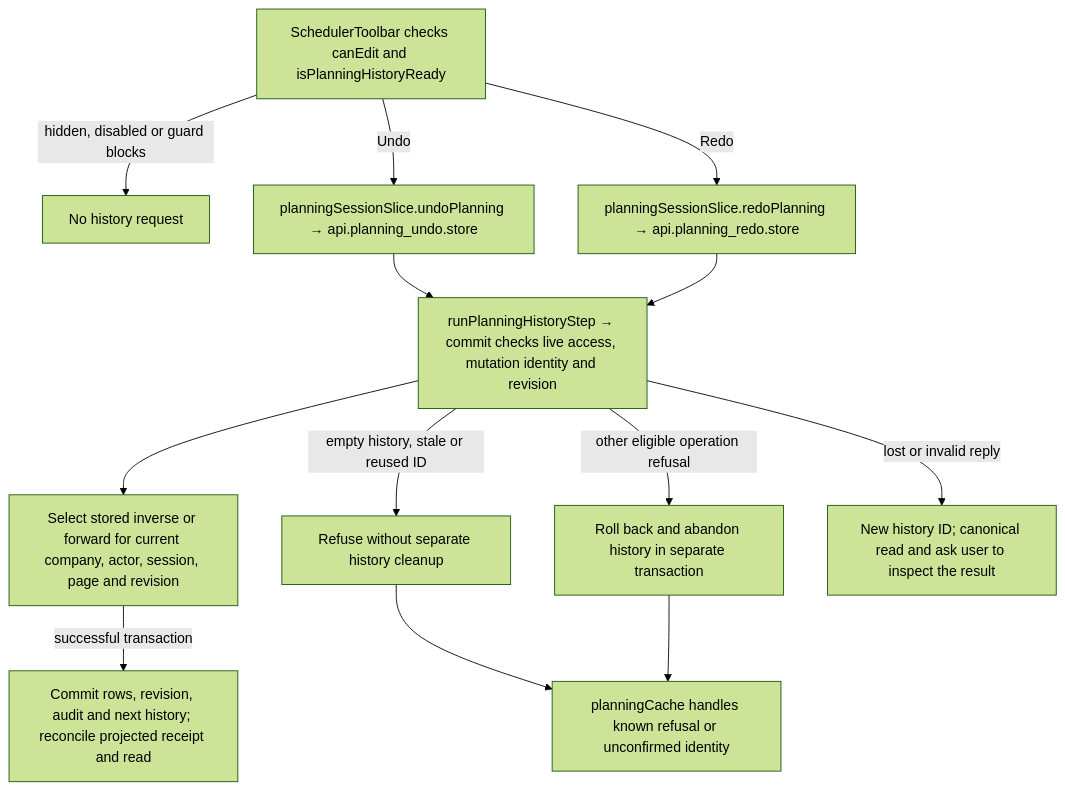
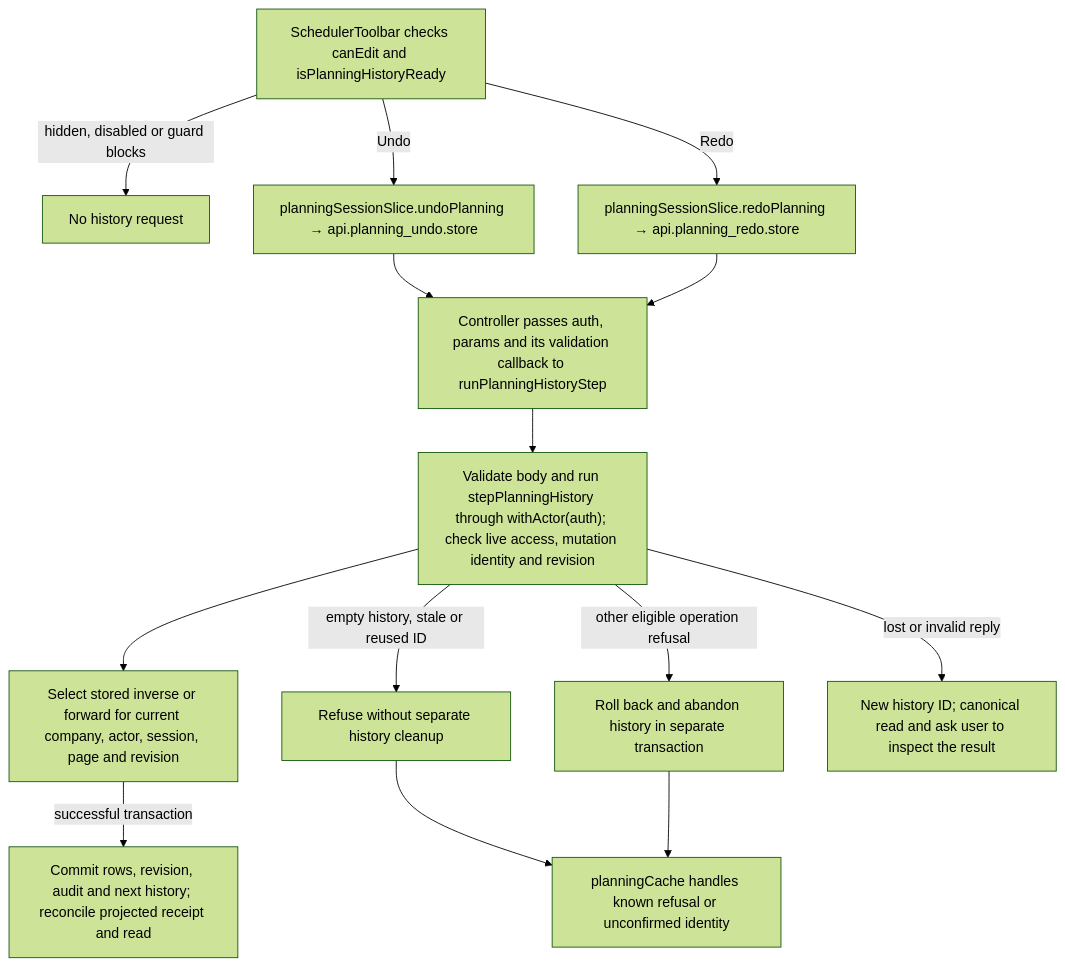
Before and after one commit to Kevinjohn/capacitylens: the second of 2 diagrams in user-stories/toolbar/US-TBR-06-undo-redo-buttons.md, drawn with Mermaid (forest theme). The commit also changed other lines of this file and 26 other files, not shown here.

````diff
--- a/user-stories/toolbar/US-TBR-06-undo-redo-buttons.md
+++ b/user-stories/toolbar/US-TBR-06-undo-redo-buttons.md
@@ -33,15 +33,16 @@
 ```mermaid
 flowchart TD
   Toolbar["SchedulerToolbar checks canEdit and isPlanningHistoryReady"] -->|hidden, disabled or guard blocks| None["No history request"]
   Toolbar -->|Undo| Undo["planningSessionSlice.undoPlanning → api.planning_undo.store"]
   Toolbar -->|Redo| Redo["planningSessionSlice.redoPlanning → api.planning_redo.store"]
-  Undo --> Commit["runPlanningHistoryStep → commit checks live access, mutation identity and revision"]
-  Redo --> Commit
+  Undo --> Step["Controller passes auth, params and its validation callback to runPlanningHistoryStep"]
+  Redo --> Step
+  Step --> Commit["Validate body and run stepPlanningHistory through withActor(auth); check live access, mutation identity and revision"]
   Commit --> Intent["Select stored inverse or forward for current company, actor, session, page and revision"]
   Intent -->|successful transaction| Receipt["Commit rows, revision, audit and next history; reconcile projected receipt and read"]
   Commit -->|empty history, stale or reused ID| Skip["Refuse without separate history cleanup"]
   Commit -->|other eligible operation refusal| Clear["Roll back and abandon history in separate transaction"]
   Skip --> Outcome["planningCache handles known refusal or unconfirmed identity"]
   Clear --> Outcome
   Commit -->|lost or invalid reply| Unknown["New history ID; canonical read and ask user to inspect the result"]
 ```
````
